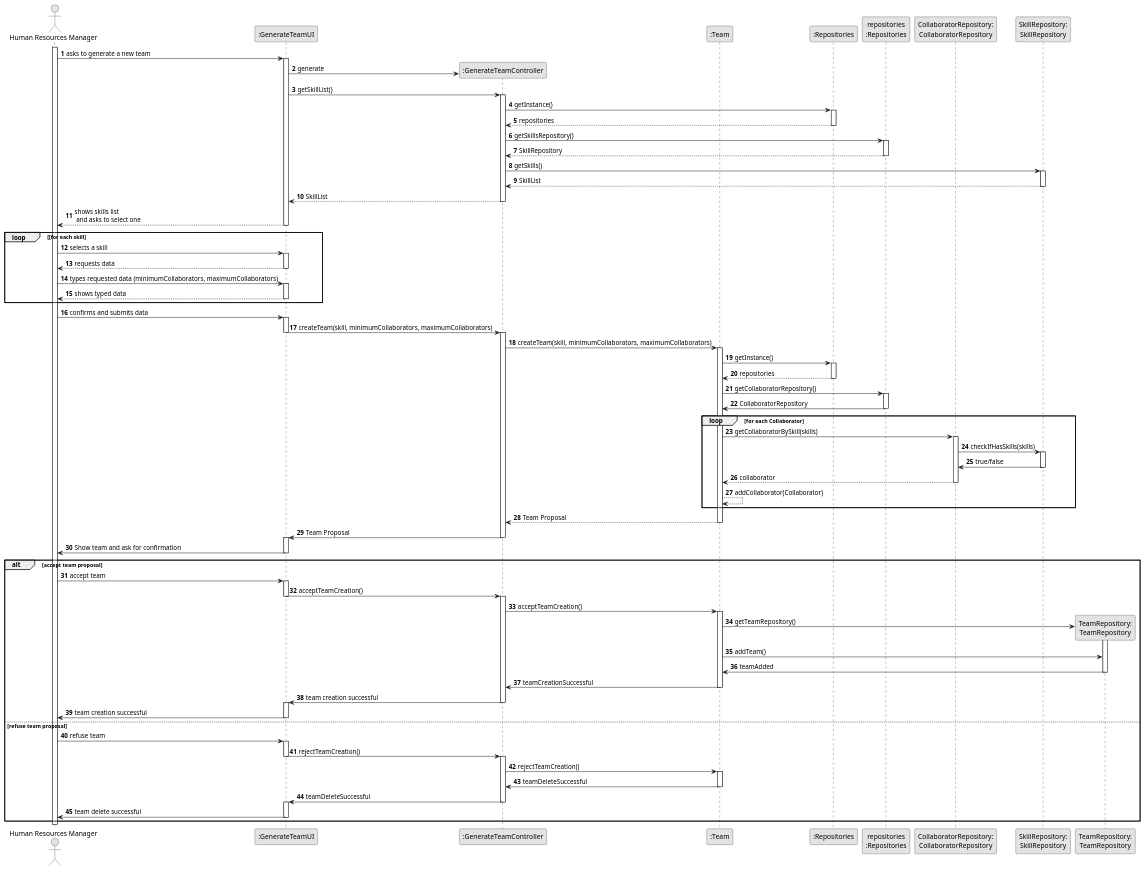
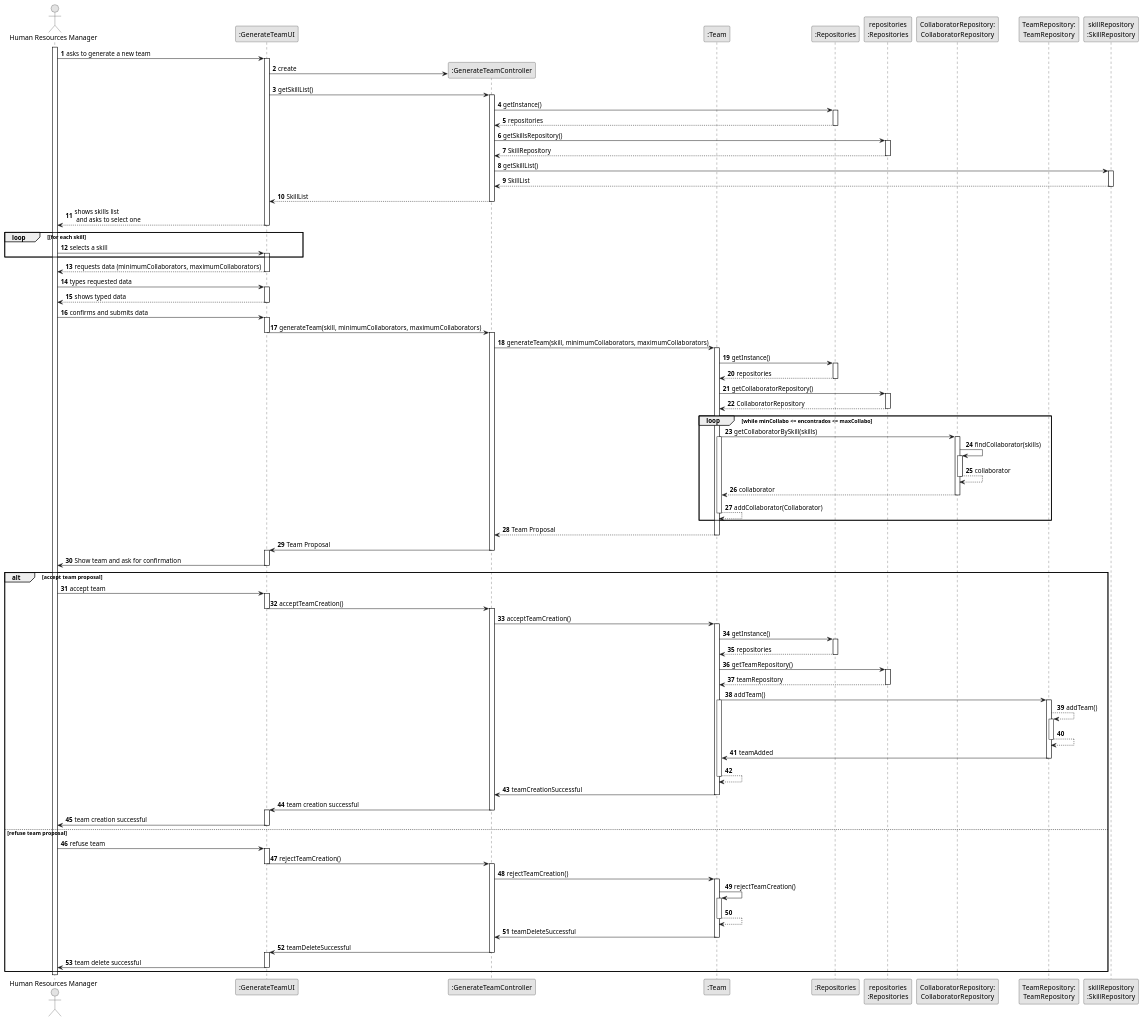
One commit to SAEmanuel/Green_Spaces_Management_ISEP changed the diagram in docs/sprintB/us005/03.design/puml/us005-sequence-diagram-full.puml. Above: the diagram before and after it, drawn with PlantUML.

Commit message:
US005 - design (ssd) v2.7.0

```diff
--- a/docs/sprintB/us005/03.design/puml/us005-sequence-diagram-full.puml
+++ b/docs/sprintB/us005/03.design/puml/us005-sequence-diagram-full.puml
@@ -13,8 +13,8 @@
 participant ":Repositories" as RepositorySingleton
 participant "repositories\n:Repositories" as PLAT
 participant "CollaboratorRepository:\nCollaboratorRepository" as CollaboratorRepository
-participant "SkillRepository:\nSkillRepository" as SkillRepository
 participant "TeamRepository:\nTeamRepository" as TeamRepository
+participant "skillRepository\n:SkillRepository" as SkillRepository
 
 
 activate HRM
@@ -23,13 +23,14 @@
 
         activate UI
 
-            UI -> CTRL** : generate
+            UI -> CTRL** : create
 
             UI -> CTRL : getSkillList()
             activate CTRL
 
                 CTRL -> RepositorySingleton : getInstance()
                 activate RepositorySingleton
+
 
                     RepositorySingleton --> CTRL: repositories
                 deactivate RepositorySingleton
@@ -40,7 +41,7 @@
                     PLAT --> CTRL: SkillRepository
                 deactivate PLAT
 
-                CTRL -> SkillRepository : getSkills()
+                CTRL -> SkillRepository : getSkillList()
                 activate SkillRepository
 
                     SkillRepository --> CTRL : SkillList
@@ -55,33 +56,34 @@
     loop [for each skill
         HRM -> UI : selects a skill
         activate UI
+    end
 
-            UI --> HRM : requests data
+            UI --> HRM : requests data (minimumCollaborators, maximumCollaborators)
         deactivate UI
 
-        HRM -> UI : types requested data (minimumCollaborators, maximumCollaborators)
+        HRM -> UI : types requested data
         activate UI
 
             UI --> HRM : shows typed data
         deactivate UI
 
-    end
+
 
 
     HRM -> UI : confirms and submits data
     activate UI
 
-        UI -> CTRL : createTeam(skill, minimumCollaborators, maximumCollaborators)
+        UI -> CTRL : generateTeam(skill, minimumCollaborators, maximumCollaborators)
         deactivate UI
 
         activate CTRL
 
-            CTRL -> Team : createTeam(skill, minimumCollaborators, maximumCollaborators)
+            CTRL -> Team : generateTeam(skill, minimumCollaborators, maximumCollaborators)
 
         activate Team
 
 
-                Team -> RepositorySingleton : getInstance()
+                    Team -> RepositorySingleton : getInstance()
 
                     activate RepositorySingleton
 
@@ -92,22 +94,26 @@
                     Team -> PLAT : getCollaboratorRepository()
                     activate PLAT
 
-                        PLAT -> Team : CollaboratorRepository
+                        PLAT --> Team : CollaboratorRepository
                     deactivate PLAT
 
-                    loop for each Collaborator
+                    loop while minCollabo <= encontrados <= maxCollabo
                         Team -> CollaboratorRepository : getCollaboratorBySkill(skills)
+                        activate Team
                         activate CollaboratorRepository
 
-                            CollaboratorRepository -> SkillRepository : checkIfHasSkills(skills)
-                            activate SkillRepository
+                        CollaboratorRepository -> CollaboratorRepository : findCollaborator(skills)
+                        activate CollaboratorRepository
+                        CollaboratorRepository --> CollaboratorRepository: collaborator
+                        deactivate CollaboratorRepository
 
-                                SkillRepository -> CollaboratorRepository : true/false
-                            deactivate SkillRepository
+
 
                             CollaboratorRepository --> Team : collaborator
                         deactivate CollaboratorRepository
                         Team --> Team : addCollaborator(Collaborator)
+                        deactivate Team
+
                     end
 
 
@@ -140,14 +146,38 @@
 
                 activate Team
 
-                    Team -> TeamRepository** : getTeamRepository()
+                     Team -> RepositorySingleton : getInstance()
+                     activate RepositorySingleton
+
+                        RepositorySingleton --> Team: repositories
+                     deactivate RepositorySingleton
+
+
+                    Team -> PLAT : getTeamRepository()
+                    activate PLAT
+
+                    PLAT --> Team : teamRepository
+                    deactivate PLAT
+
+
+                    Team -> TeamRepository : addTeam()
+                    activate Team
                     activate TeamRepository
-                    Team -> TeamRepository : addTeam()
+                    TeamRepository --> TeamRepository : addTeam()
+                    activate TeamRepository
+                    TeamRepository --> TeamRepository :
+                    deactivate TeamRepository
+
+
+
 
                     TeamRepository -> Team : teamAdded
                     deactivate TeamRepository
+                    Team --> Team
+                    deactivate Team
+
                 Team -> CTRL : teamCreationSuccessful
-                deactivate Team
+                    deactivate Team
                 CTRL -> UI : team creation successful
                 deactivate CTRL
                 activate UI
@@ -166,6 +196,11 @@
                CTRL -> Team : rejectTeamCreation()
                activate Team
 
+                Team -> Team : rejectTeamCreation()
+               activate Team
+               Team --> Team
+               deactivate Team
+
                Team -> CTRL : teamDeleteSuccessful
                deactivate Team
                CTRL -> UI : teamDeleteSuccessful
```
